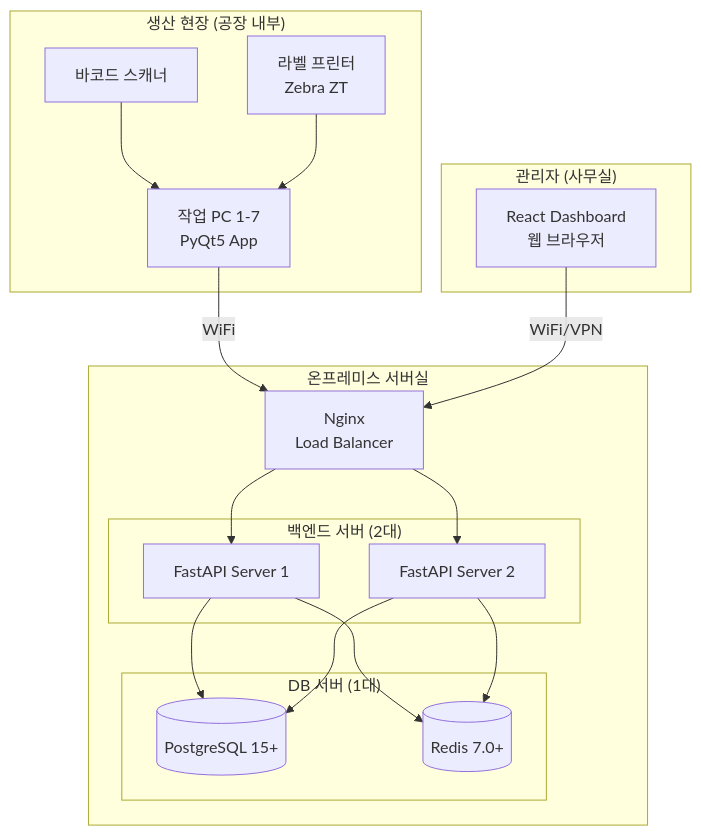
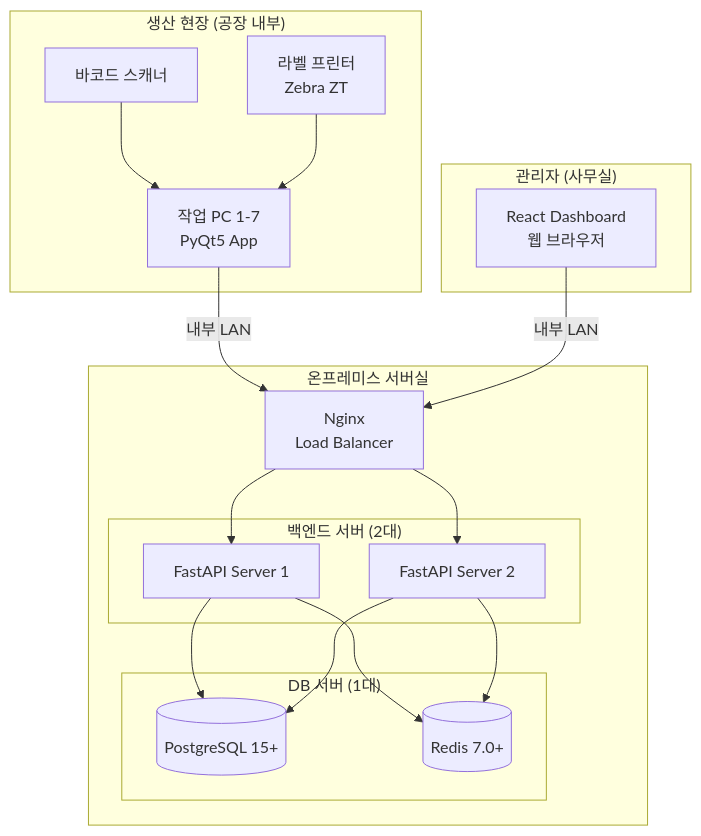
Before and after one commit to Soochol/F2X_NeuroHub: the first of 3 diagrams in docs/04-architecture/04-2-system-design.md, drawn with Mermaid. The commit also changed other lines of this file, not shown here.

First line of the commit message:
Update: 시스템 구성도 다이어그램에 네트워크 요구사항 명시

````diff
--- a/docs/04-architecture/04-2-system-design.md
+++ b/docs/04-architecture/04-2-system-design.md
@@ -11,35 +15,35 @@
 ```mermaid
 graph TB
     subgraph Factory["생산 현장 (공장 내부)"]
         PC1[작업 PC 1-7<br/>PyQt5 App]
         PC2[바코드 스캐너]
         PC3[라벨 프린터<br/>Zebra ZT]
     end
 
     subgraph OnPremServer["온프레미스 서버실"]
         subgraph BackendServers["백엔드 서버 (2대)"]
             Backend1[FastAPI Server 1]
             Backend2[FastAPI Server 2]
         end
         subgraph DBServer["DB 서버 (1대)"]
             DB[(PostgreSQL 15+)]
             Redis[(Redis 7.0+)]
         end
         Nginx[Nginx<br/>Load Balancer]
     end
 
     subgraph Office["관리자 (사무실)"]
         Dashboard[React Dashboard<br/>웹 브라우저]
     end
 
-    PC1 -->|WiFi| Nginx
+    PC1 -->|내부 LAN| Nginx
     PC2 --> PC1
     PC3 --> PC1
-    Dashboard -->|WiFi/VPN| Nginx
+    Dashboard -->|내부 LAN| Nginx
     Nginx --> Backend1
     Nginx --> Backend2
     Backend1 --> DB
     Backend1 --> Redis
     Backend2 --> DB
     Backend2 --> Redis
 ```
````
